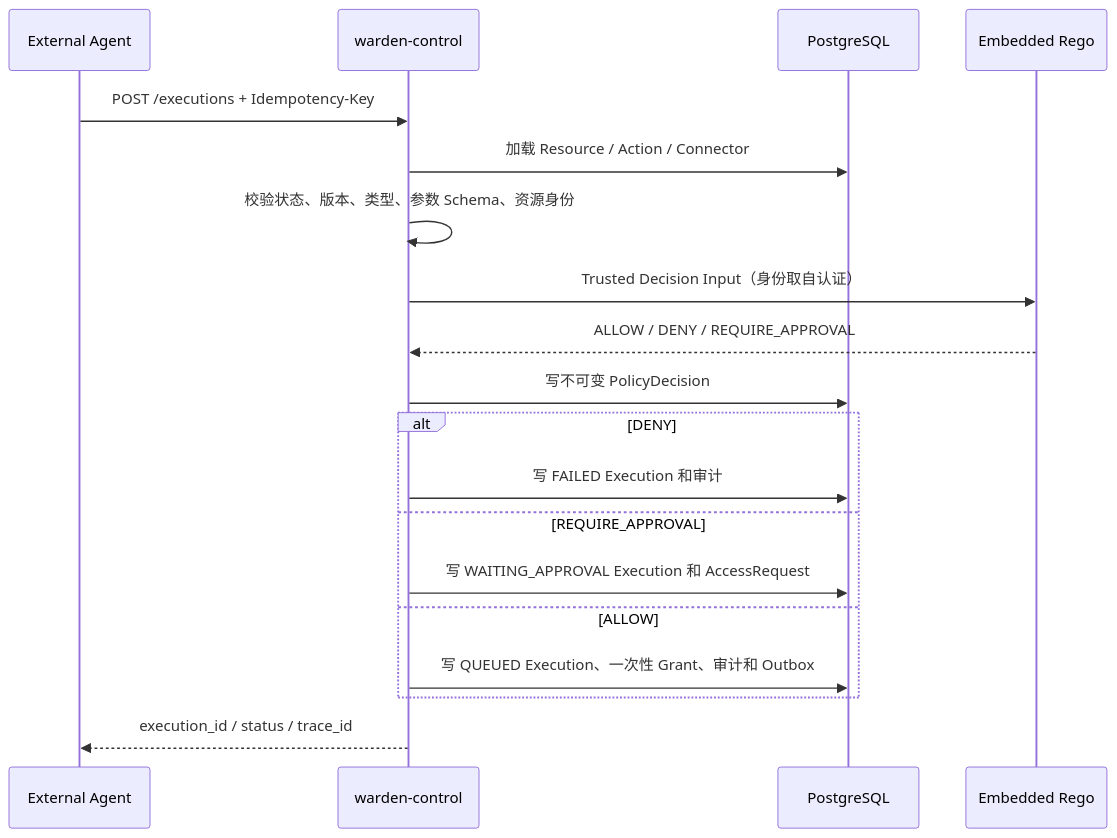
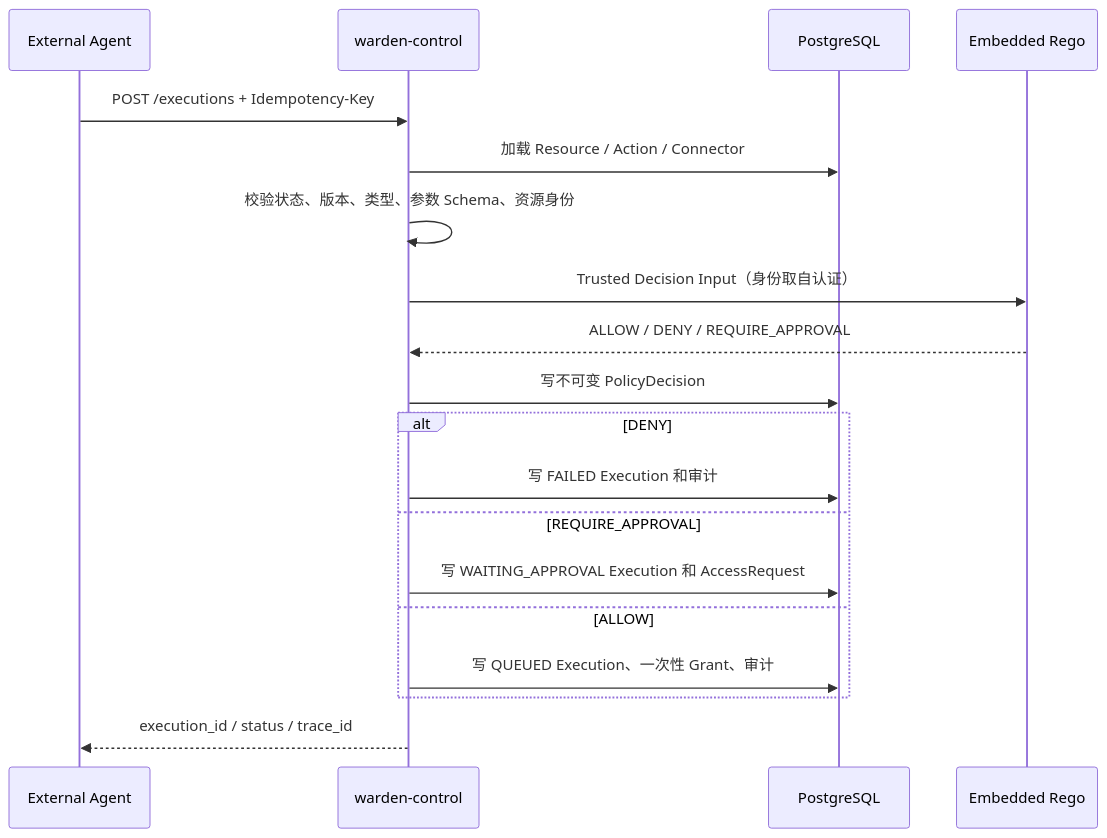
One commit to warden-platform/warden changed the second of 4 diagrams in docs/architecture.md. Above: the diagram before and after it, drawn with Mermaid. The commit also changed other lines of this file and 16 other files, not shown here.

First line of the commit message:
fix(execution): 生命周期 P1 取消诚实语义 + 移除死表与无消费者 Outbox

````diff
--- a/docs/architecture.md
+++ b/docs/architecture.md
@@ -141,22 +141,22 @@
 ```mermaid
 sequenceDiagram
     participant A as External Agent
     participant C as warden-control
     participant R as PostgreSQL
     participant P as Embedded Rego
 
     A->>C: POST /executions + Idempotency-Key
     C->>R: 加载 Resource / Action / Connector
     C->>C: 校验状态、版本、类型、参数 Schema、资源身份
     C->>P: Trusted Decision Input（身份取自认证）
     P-->>C: ALLOW / DENY / REQUIRE_APPROVAL
     C->>R: 写不可变 PolicyDecision
     alt DENY
         C->>R: 写 FAILED Execution 和审计
     else REQUIRE_APPROVAL
         C->>R: 写 WAITING_APPROVAL Execution 和 AccessRequest
     else ALLOW
-        C->>R: 写 QUEUED Execution、一次性 Grant、审计和 Outbox
+        C->>R: 写 QUEUED Execution、一次性 Grant、审计
     end
     C-->>A: execution_id / status / trace_id
 ```
````
